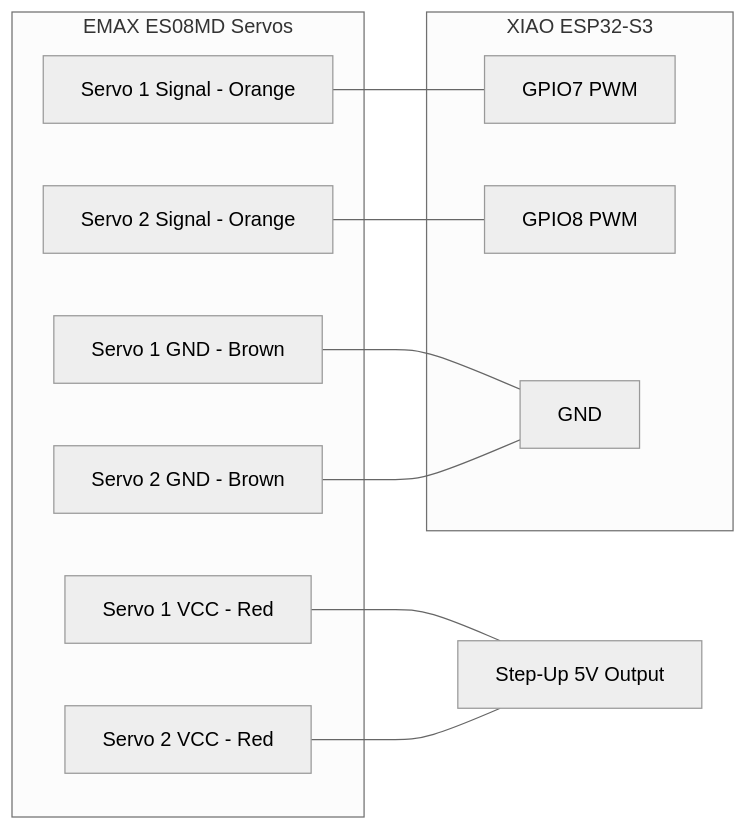
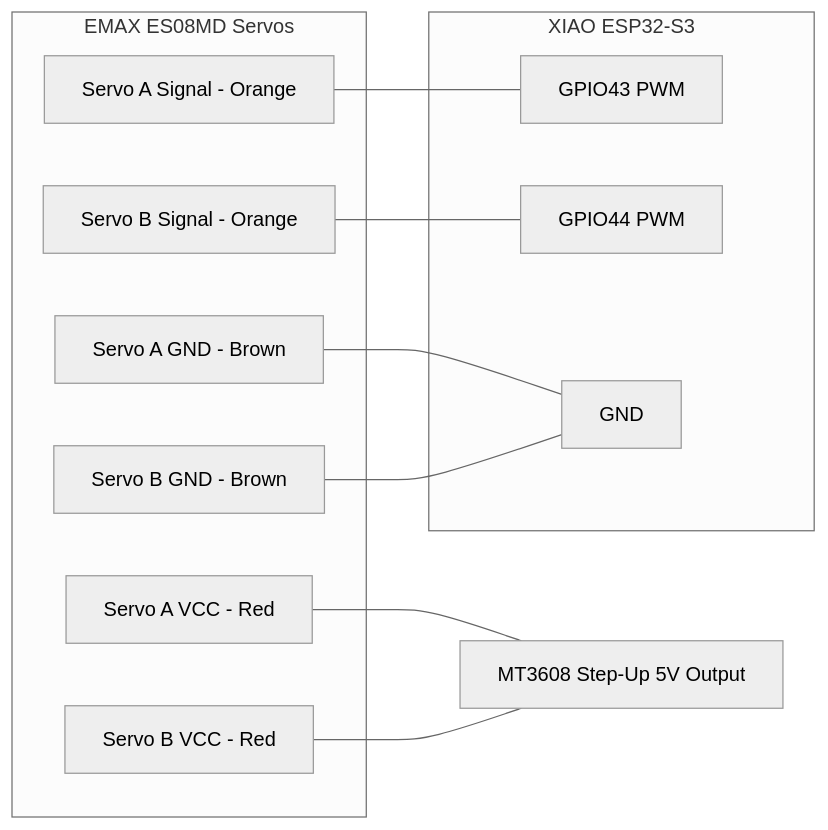
The fifth of 7 diagrams in PHASE3_MUSCLES.md (zabbix-byte/real-tars), drawn with Mermaid (neutral theme) before and after one commit. The commit also changed other lines of this file and 6 other files, not shown here.

````diff
--- a/PHASE3_MUSCLES.md
+++ b/PHASE3_MUSCLES.md
@@ -269,26 +293,26 @@
 ```mermaid
 graph LR
     subgraph SERVOS["EMAX ES08MD Servos"]
-        S1_SIG["Servo 1 Signal - Orange"]
-        S1_VCC["Servo 1 VCC - Red"]
-        S1_GND["Servo 1 GND - Brown"]
-        S2_SIG["Servo 2 Signal - Orange"]
-        S2_VCC["Servo 2 VCC - Red"]
-        S2_GND["Servo 2 GND - Brown"]
+        S1_SIG["Servo A Signal - Orange"]
+        S1_VCC["Servo A VCC - Red"]
+        S1_GND["Servo A GND - Brown"]
+        S2_SIG["Servo B Signal - Orange"]
+        S2_VCC["Servo B VCC - Red"]
+        S2_GND["Servo B GND - Brown"]
     end
 
     subgraph ESP32["XIAO ESP32-S3"]
-        E_G7["GPIO7 PWM"]
-        E_G8["GPIO8 PWM"]
+        E_G7["GPIO43 PWM"]
+        E_G8["GPIO44 PWM"]
         E_GND["GND"]
     end
 
-    STEP["Step-Up 5V Output"]
+    STEP["MT3608 Step-Up 5V Output"]
 
     S1_SIG --- E_G7
     S2_SIG --- E_G8
     S1_VCC --- STEP
     S2_VCC --- STEP
     S1_GND --- E_GND
     S2_GND --- E_GND
 ```
````
